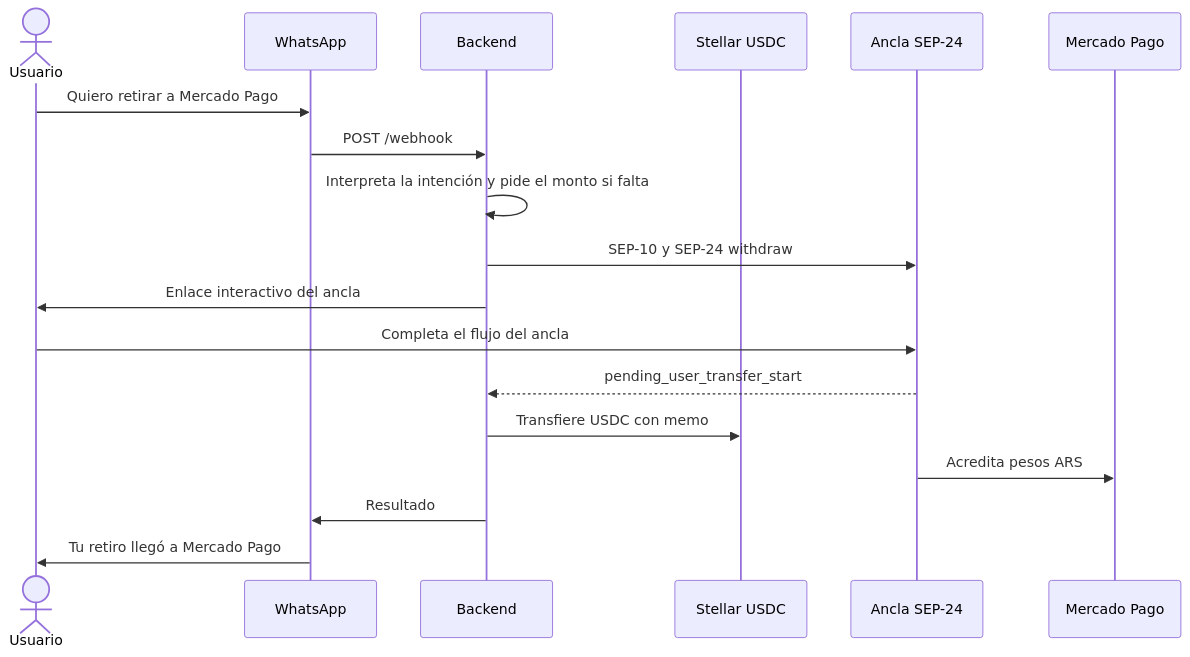
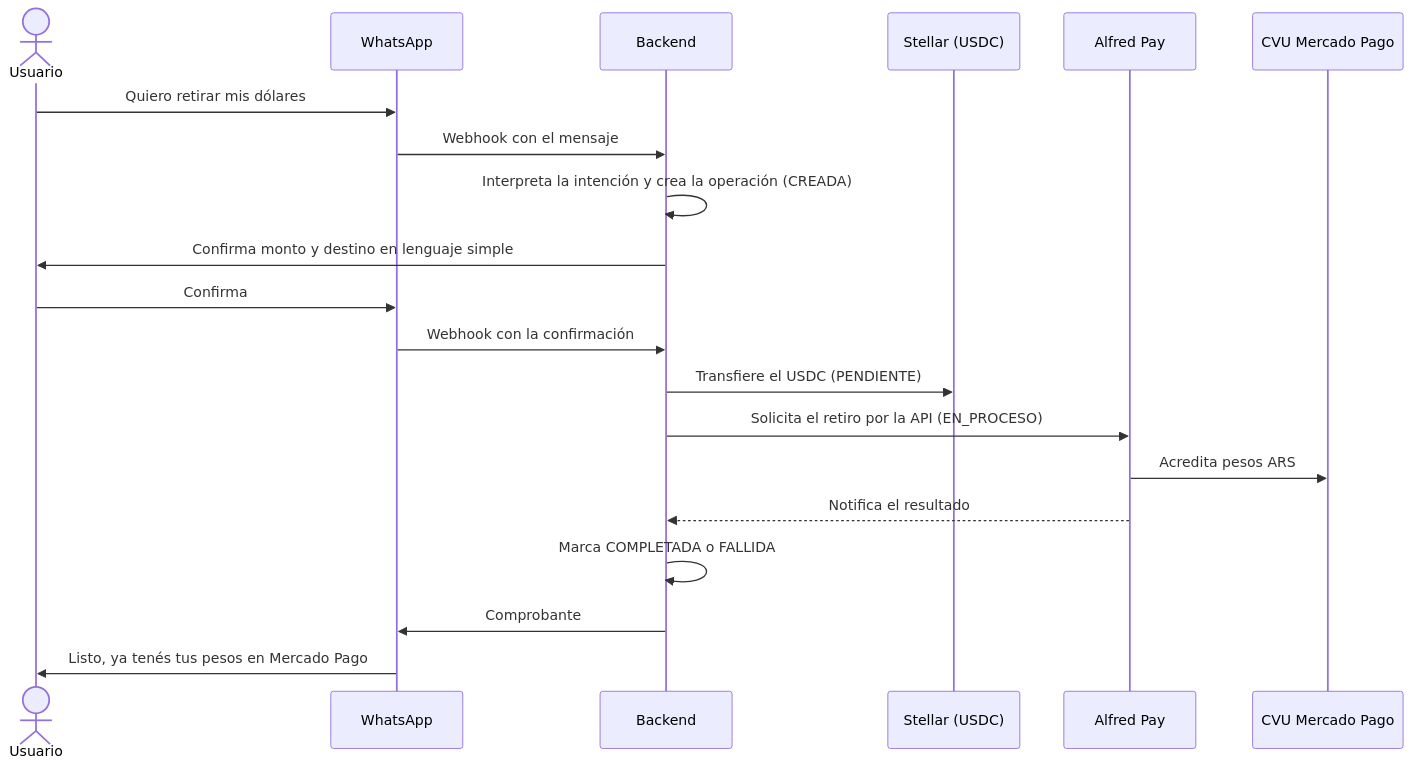
Before and after one commit to SendaLabs/Senda.App: the third of 6 diagrams in README.md, drawn with Mermaid. The commit also changed other lines of this file, not shown here.

Commit message:
docs: agregar diseño objetivo y estado actual por flujo

````diff
--- a/README.md
+++ b/README.md
@@ -153,21 +154,23 @@
 ```mermaid
 sequenceDiagram
     actor U as Usuario
     participant W as WhatsApp
     participant B as Backend
-    participant S as Stellar USDC
-    participant A as Ancla SEP-24
-    participant M as Mercado Pago
+    participant S as Stellar (USDC)
+    participant A as Alfred Pay
+    participant M as CVU Mercado Pago
 
-    U->>W: Quiero retirar a Mercado Pago
-    W->>B: POST /webhook
-    B->>B: Interpreta la intención y pide el monto si falta
-    B->>A: SEP-10 y SEP-24 withdraw
-    B->>U: Enlace interactivo del ancla
-    U->>A: Completa el flujo del ancla
-    A-->>B: pending_user_transfer_start
-    B->>S: Transfiere USDC con memo
+    U->>W: Quiero retirar mis dólares
+    W->>B: Webhook con el mensaje
+    B->>B: Interpreta la intención y crea la operación (CREADA)
+    B->>U: Confirma monto y destino en lenguaje simple
+    U->>W: Confirma
+    W->>B: Webhook con la confirmación
+    B->>S: Transfiere el USDC (PENDIENTE)
+    B->>A: Solicita el retiro por la API (EN_PROCESO)
     A->>M: Acredita pesos ARS
-    B->>W: Resultado
-    W->>U: Tu retiro llegó a Mercado Pago
+    A-->>B: Notifica el resultado
+    B->>B: Marca COMPLETADA o FALLIDA
+    B->>W: Comprobante
+    W->>U: Listo, ya tenés tus pesos en Mercado Pago
 ```
````
